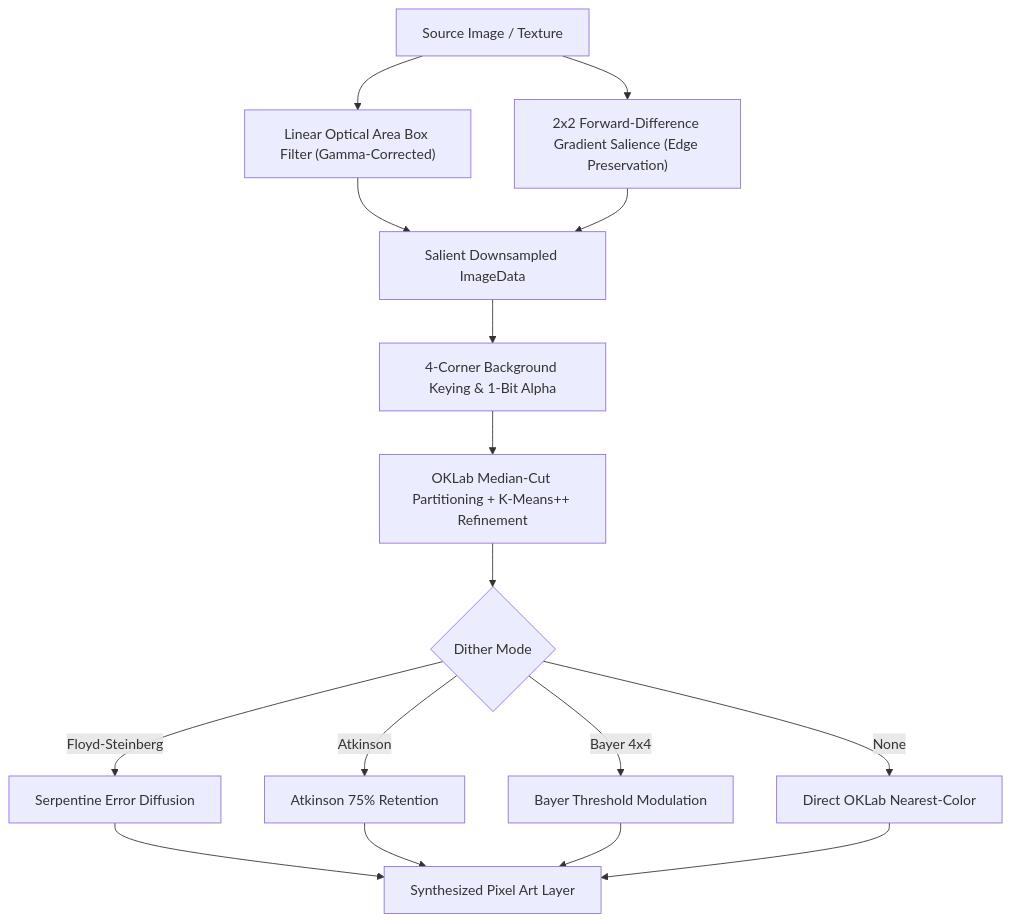
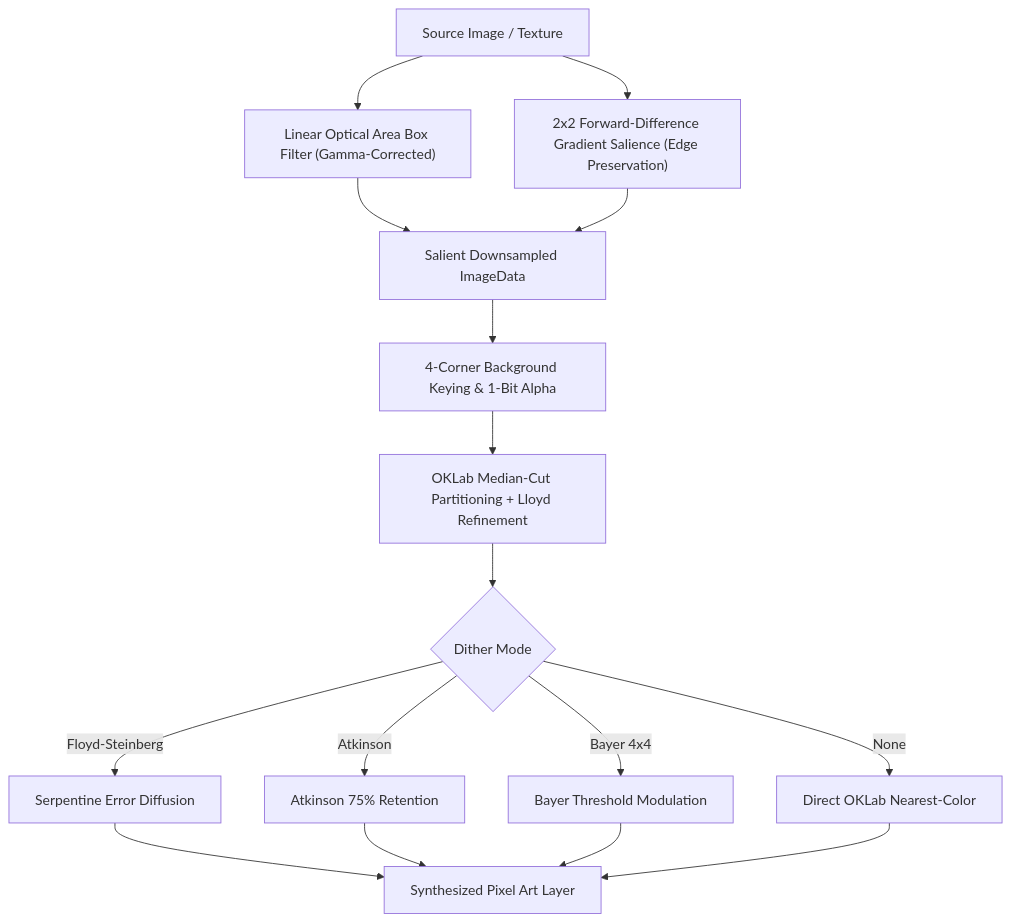
One commit to lxcario/PixiBun changed the fifth of 7 diagrams in ARCHITECTURE.md. Above: the diagram before and after it, drawn with Mermaid. The commit also changed other lines of this file and 9 other files, not shown here.

````diff
--- a/ARCHITECTURE.md
+++ b/ARCHITECTURE.md
@@ -300,14 +299,14 @@
 ```mermaid
 graph TD
     InputImg["Source Image / Texture"] --> BoxDown["Linear Optical Area Box Filter (Gamma-Corrected)"]
     InputImg --> GradSalience["2x2 Forward-Difference Gradient Salience (Edge Preservation)"]
     BoxDown & GradSalience --> SalientDown["Salient Downsampled ImageData"]
     SalientDown --> BGKey["4-Corner Background Keying & 1-Bit Alpha"]
-    BGKey --> Quantize["OKLab Median-Cut Partitioning + K-Means++ Refinement"]
+    BGKey --> Quantize["OKLab Median-Cut Partitioning + Lloyd Refinement"]
     Quantize --> DitherBranch{"Dither Mode"}
     DitherBranch -->|Floyd-Steinberg| SerpentineFS["Serpentine Error Diffusion"]
     DitherBranch -->|Atkinson| AtkDiff["Atkinson 75% Retention"]
     DitherBranch -->|Bayer 4x4| BayerMod["Bayer Threshold Modulation"]
     DitherBranch -->|None| FlatQuant["Direct OKLab Nearest-Color"]
     SerpentineFS & AtkDiff & BayerMod & FlatQuant --> PixelArtOutput["Synthesized Pixel Art Layer"]
 ```
````
